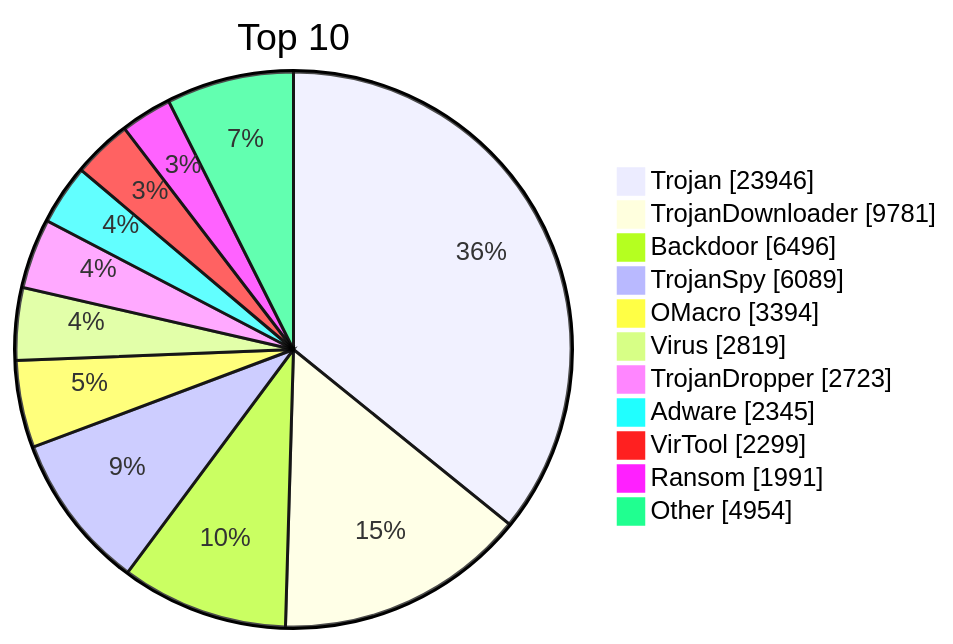
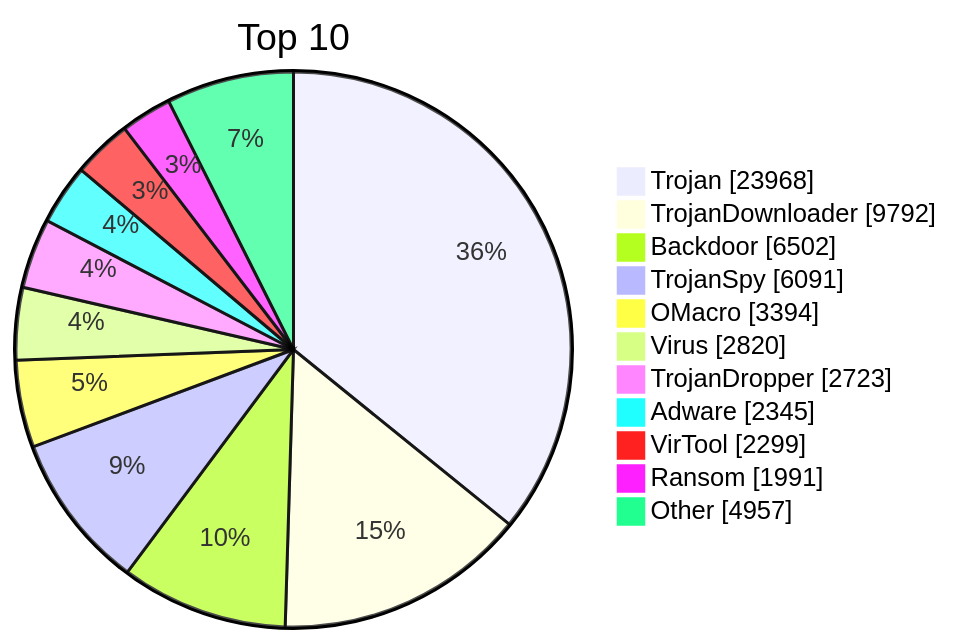
The diagram in README.md (JerryLinLinLin/huorong-virdb-changelog), drawn with Mermaid before and after one commit. The commit also changed other lines of this file and 14 other files, not shown here.

````diff
--- a/README.md
+++ b/README.md
@@ -19,15 +19,15 @@
 ```mermaid
 pie showData
     title Top 10
-    "Trojan" : 23946
-    "TrojanDownloader" : 9781
-    "Backdoor" : 6496
-    "TrojanSpy" : 6089
+    "Trojan" : 23968
+    "TrojanDownloader" : 9792
+    "Backdoor" : 6502
+    "TrojanSpy" : 6091
     "OMacro" : 3394
-    "Virus" : 2819
+    "Virus" : 2820
     "TrojanDropper" : 2723
     "Adware" : 2345
     "VirTool" : 2299
     "Ransom" : 1991
-    "Other" : 4954
+    "Other" : 4957
 ```
````
